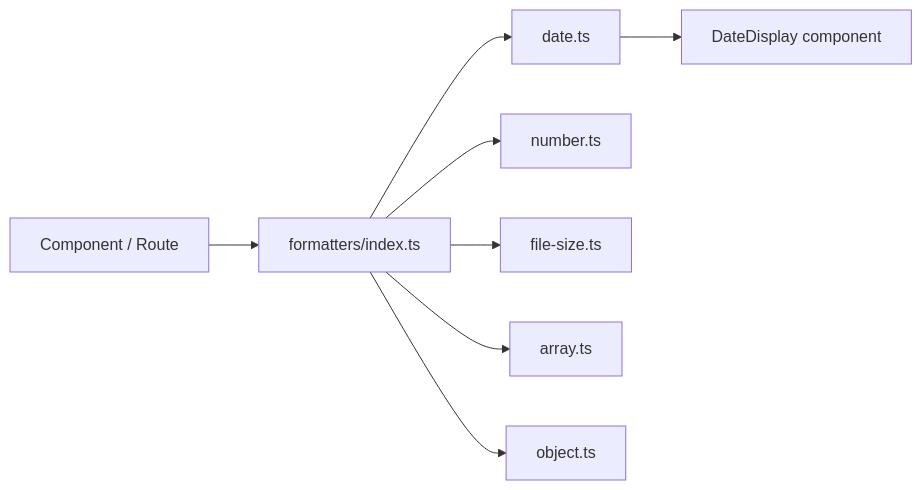
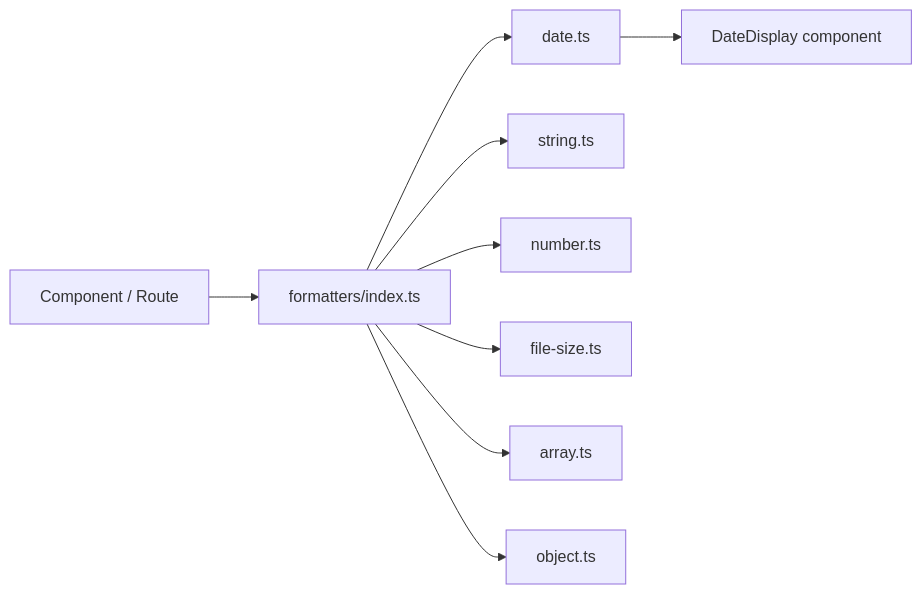
The second of 4 diagrams in src/content/docs/config-and-utils/utilities.md (jackcasstlesjones/ozeaon-wiki), drawn with Mermaid before and after one commit. The commit also changed other lines of this file and 19 other files, not shown here.

First line of the commit message:
docs: document api routes, utils, hooks, zod schemas, constants, types, lib internals and migrations

````diff
--- a/src/content/docs/config-and-utils/utilities.md
+++ b/src/content/docs/config-and-utils/utilities.md
@@ -290,10 +459,11 @@
 ```mermaid
 flowchart LR
     Consumer["Component / Route"] --> Barrel["formatters/index.ts"]
     Barrel --> DateM["date.ts"]
+    Barrel --> StringM["string.ts"]
     Barrel --> NumberM["number.ts"]
     Barrel --> SizeM["file-size.ts"]
     Barrel --> ArrayM["array.ts"]
     Barrel --> ObjectM["object.ts"]
     DateM --> DateDisplay["DateDisplay component"]
 ```
````
